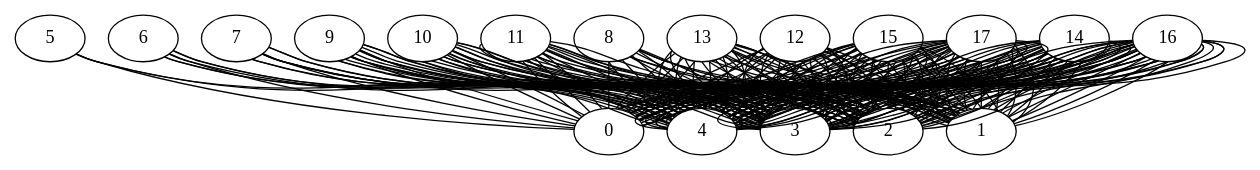
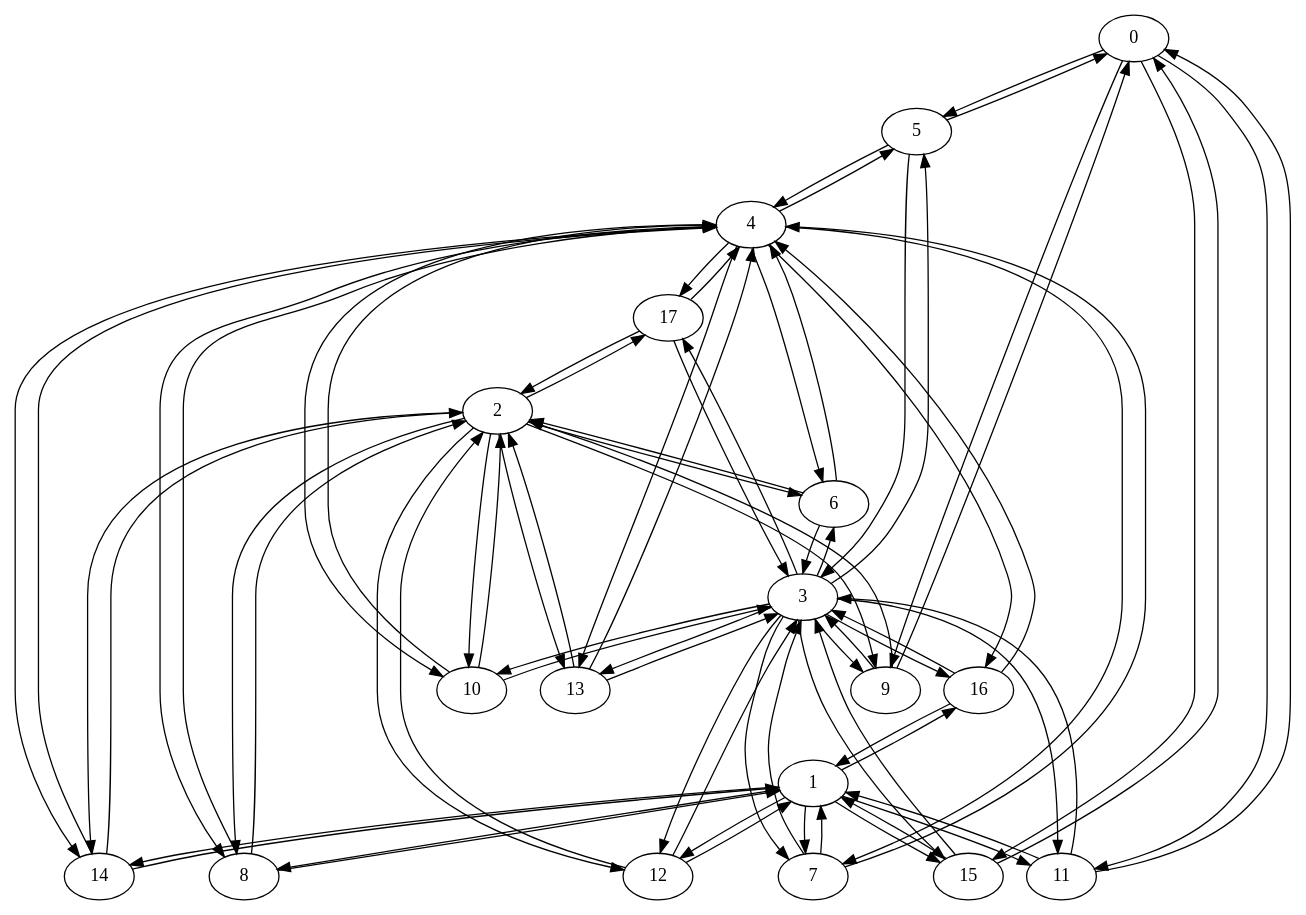
The diagram in Projet/graph.dot (YetiYetYet/exo_algorithmique), drawn with Graphviz before and after one commit. The commit also changed 3 other files, not shown here.

```diff
--- a/Projet/graph.dot
+++ b/Projet/graph.dot
@@ -1,4 +1,4 @@
-graph G {
+digraph G {
 0;
 1;
 2;
@@ -17,277 +17,82 @@
 15;
 16;
 17;
-5--3 ;
-5--0 ;
-5--4 ;
-6--3 ;
-6--2 ;
-6--4 ;
-6--3 ;
-6--0 ;
-6--4 ;
-7--4 ;
-7--3 ;
-7--1 ;
-7--3 ;
-7--2 ;
-7--4 ;
-7--3 ;
-7--0 ;
-7--4 ;
-8--2 ;
-8--1 ;
-8--4 ;
-8--4 ;
-8--3 ;
-8--1 ;
-8--3 ;
-8--2 ;
-8--4 ;
-8--3 ;
-8--0 ;
-8--4 ;
-9--2 ;
-9--3 ;
-9--0 ;
-9--2 ;
-9--1 ;
-9--4 ;
-9--4 ;
-9--3 ;
-9--1 ;
-9--3 ;
-9--2 ;
-9--4 ;
-9--3 ;
-9--0 ;
-9--4 ;
-10--2 ;
-10--3 ;
-10--4 ;
-10--2 ;
-10--3 ;
-10--0 ;
-10--2 ;
-10--1 ;
-10--4 ;
-10--4 ;
-10--3 ;
-10--1 ;
-10--3 ;
-10--2 ;
-10--4 ;
-10--3 ;
-10--0 ;
-10--4 ;
-11--0 ;
-11--3 ;
-11--1 ;
-11--2 ;
-11--3 ;
-11--4 ;
-11--2 ;
-11--3 ;
-11--0 ;
-11--2 ;
-11--1 ;
-11--4 ;
-11--4 ;
-11--3 ;
-11--1 ;
-11--3 ;
-11--2 ;
-11--4 ;
-11--3 ;
-11--0 ;
-11--4 ;
-12--3 ;
-12--2 ;
-12--1 ;
-12--0 ;
-12--3 ;
-12--1 ;
-12--2 ;
-12--3 ;
-12--4 ;
-12--2 ;
-12--3 ;
-12--0 ;
-12--2 ;
-12--1 ;
-12--4 ;
-12--4 ;
-12--3 ;
-12--1 ;
-12--3 ;
-12--2 ;
-12--4 ;
-12--3 ;
-12--0 ;
-12--4 ;
-13--3 ;
-13--4 ;
-13--2 ;
-13--3 ;
-13--2 ;
-13--1 ;
-13--0 ;
-13--3 ;
-13--1 ;
-13--2 ;
-13--3 ;
-13--4 ;
-13--2 ;
-13--3 ;
-13--0 ;
-13--2 ;
-13--1 ;
-13--4 ;
-13--4 ;
-13--3 ;
-13--1 ;
-13--3 ;
-13--2 ;
-13--4 ;
-13--3 ;
-13--0 ;
-13--4 ;
-14--1 ;
-14--2 ;
-14--4 ;
-14--3 ;
-14--4 ;
-14--2 ;
-14--3 ;
-14--2 ;
-14--1 ;
-14--0 ;
-14--3 ;
-14--1 ;
-14--2 ;
-14--3 ;
-14--4 ;
-14--2 ;
-14--3 ;
-14--0 ;
-14--2 ;
-14--1 ;
-14--4 ;
-14--4 ;
-14--3 ;
-14--1 ;
-14--3 ;
-14--2 ;
-14--4 ;
-14--3 ;
-14--0 ;
-14--4 ;
-15--0 ;
-15--1 ;
-15--3 ;
-15--1 ;
-15--2 ;
-15--4 ;
-15--3 ;
-15--4 ;
-15--2 ;
-15--3 ;
-15--2 ;
-15--1 ;
-15--0 ;
-15--3 ;
-15--1 ;
-15--2 ;
-15--3 ;
-15--4 ;
-15--2 ;
-15--3 ;
-15--0 ;
-15--2 ;
-15--1 ;
-15--4 ;
-15--4 ;
-15--3 ;
-15--1 ;
-15--3 ;
-15--2 ;
-15--4 ;
-15--3 ;
-15--0 ;
-15--4 ;
-16--4 ;
-16--3 ;
-16--1 ;
-16--0 ;
-16--1 ;
-16--3 ;
-16--1 ;
-16--2 ;
-16--4 ;
-16--3 ;
-16--4 ;
-16--2 ;
-16--3 ;
-16--2 ;
-16--1 ;
-16--0 ;
-16--3 ;
-16--1 ;
-16--2 ;
-16--3 ;
-16--4 ;
-16--2 ;
-16--3 ;
-16--0 ;
-16--2 ;
-16--1 ;
-16--4 ;
-16--4 ;
-16--3 ;
-16--1 ;
-16--3 ;
-16--2 ;
-16--4 ;
-16--3 ;
-16--0 ;
-16--4 ;
-17--4 ;
-17--2 ;
-17--3 ;
-17--4 ;
-17--3 ;
-17--1 ;
-17--0 ;
-17--1 ;
-17--3 ;
-17--1 ;
-17--2 ;
-17--4 ;
-17--3 ;
-17--4 ;
-17--2 ;
-17--3 ;
-17--2 ;
-17--1 ;
-17--0 ;
-17--3 ;
-17--1 ;
-17--2 ;
-17--3 ;
-17--4 ;
-17--2 ;
-17--3 ;
-17--0 ;
-17--2 ;
-17--1 ;
-17--4 ;
-17--4 ;
-17--3 ;
-17--1 ;
-17--3 ;
-17--2 ;
-17--4 ;
-17--3 ;
-17--0 ;
-17--4 ;
+5->3 ;
+3->5 ;
+5->0 ;
+0->5 ;
+5->4 ;
+4->5 ;
+6->3 ;
+3->6 ;
+6->2 ;
+2->6 ;
+6->4 ;
+4->6 ;
+7->4 ;
+4->7 ;
+7->3 ;
+3->7 ;
+7->1 ;
+1->7 ;
+8->2 ;
+2->8 ;
+8->1 ;
+1->8 ;
+8->4 ;
+4->8 ;
+9->2 ;
+2->9 ;
+9->3 ;
+3->9 ;
+9->0 ;
+0->9 ;
+10->2 ;
+2->10 ;
+10->3 ;
+3->10 ;
+10->4 ;
+4->10 ;
+11->0 ;
+0->11 ;
+11->3 ;
+3->11 ;
+11->1 ;
+1->11 ;
+12->3 ;
+3->12 ;
+12->2 ;
+2->12 ;
+12->1 ;
+1->12 ;
+13->3 ;
+3->13 ;
+13->4 ;
+4->13 ;
+13->2 ;
+2->13 ;
+14->1 ;
+1->14 ;
+14->2 ;
+2->14 ;
+14->4 ;
+4->14 ;
+15->0 ;
+0->15 ;
+15->1 ;
+1->15 ;
+15->3 ;
+3->15 ;
+16->4 ;
+4->16 ;
+16->3 ;
+3->16 ;
+16->1 ;
+1->16 ;
+17->4 ;
+4->17 ;
+17->2 ;
+2->17 ;
+17->3 ;
+3->17 ;
 }
```
